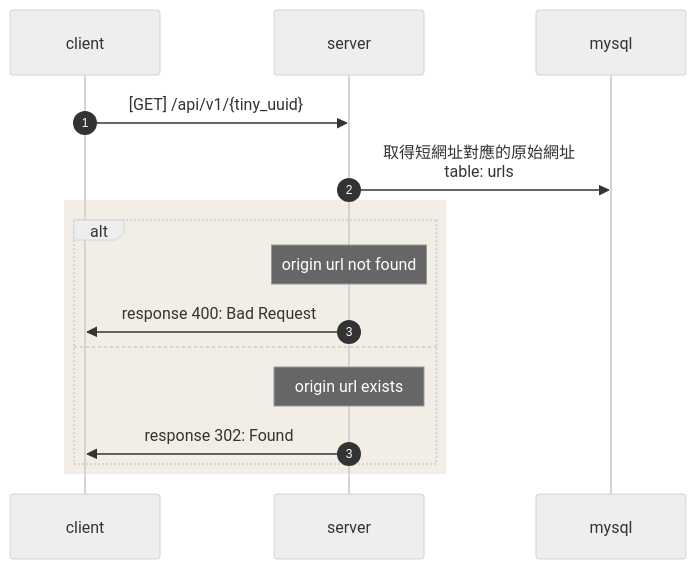
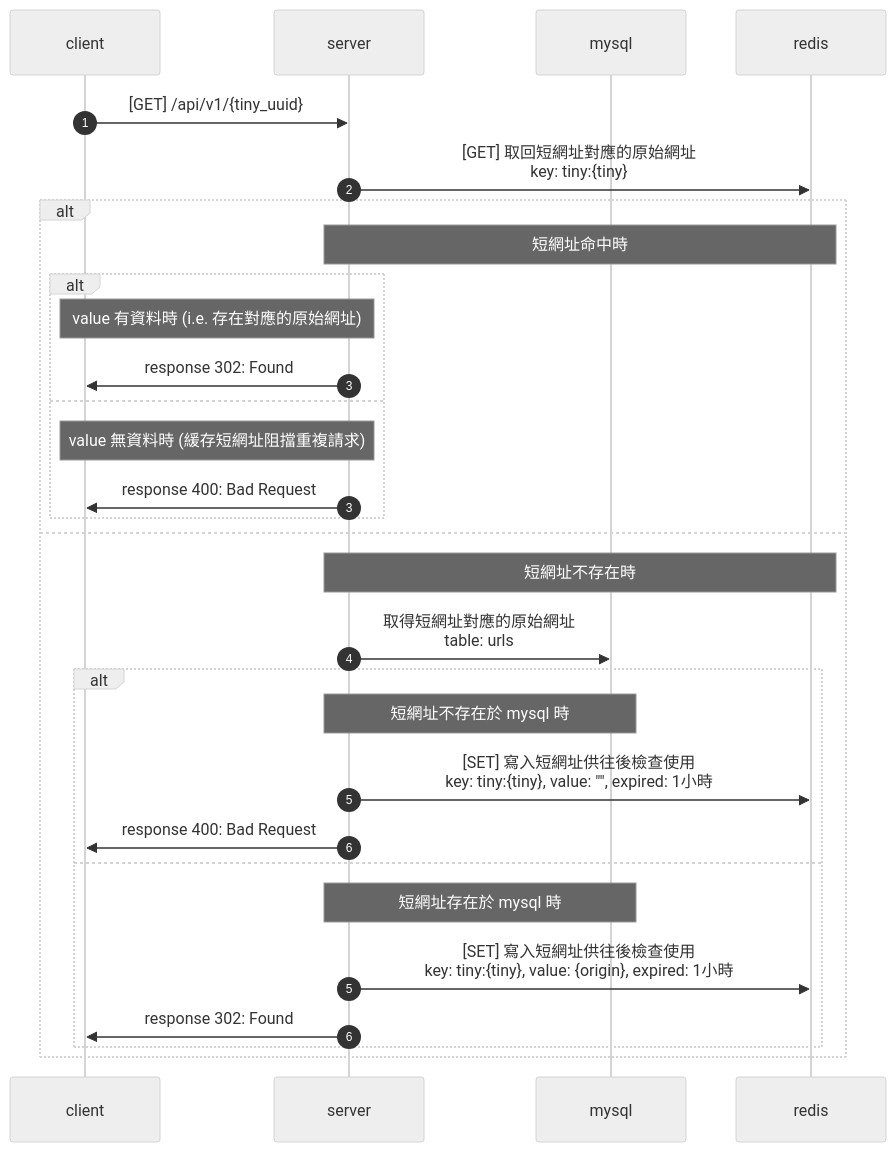
The diagram in doc/api/v1/redirect.md (JianLiu666/TinyURL), drawn with Mermaid (neutral theme) before and after one commit. The commit also changed 1 other file, not shown here.

````diff
--- a/doc/api/v1/redirect.md
+++ b/doc/api/v1/redirect.md
@@ -23,21 +23,37 @@
 ```mermaid
 sequenceDiagram
     participant client
     participant server
     participant mysql
+    participant redis
 
     autonumber 1
     client ->> server: [GET] /api/v1/{tiny_uuid}
-    server ->> mysql: 取得短網址對應的原始網址<br>table: urls
+    server ->> redis: [GET] 取回短網址對應的原始網址<br>key: tiny:{tiny}
 
-    rect rgb(242, 238, 229)
     alt
-        Note over server: origin url not found
-        server ->> client: response 400: Bad Request
+        Note over server, redis: 短網址命中時
+        alt
+            Note over client, server: value 有資料時 (i.e. 存在對應的原始網址)
+            server ->> client: response 302: Found
+        else
+            autonumber 3
+            Note over client, server: value 無資料時 (緩存短網址阻擋重複請求)
+            server ->> client: response 400: Bad Request
+        end
     else
-        autonumber 3
-        Note over server: origin url exists
-        server ->> client: response 302: Found
-    end
+        autonumber 4
+        Note over server, redis: 短網址不存在時
+        server ->> mysql: 取得短網址對應的原始網址<br>table: urls
+        alt
+            Note over server, mysql: 短網址不存在於 mysql 時
+            server ->> redis: [SET] 寫入短網址供往後檢查使用<br>key: tiny:{tiny}, value: "", expired: 1小時
+            server ->> client: response 400: Bad Request
+        else
+            autonumber 5
+            Note over server, mysql: 短網址存在於 mysql 時
+            server ->> redis: [SET] 寫入短網址供往後檢查使用<br>key: tiny:{tiny}, value: {origin}, expired: 1小時
+            server ->> client: response 302: Found
+        end
     end
 ```
````
